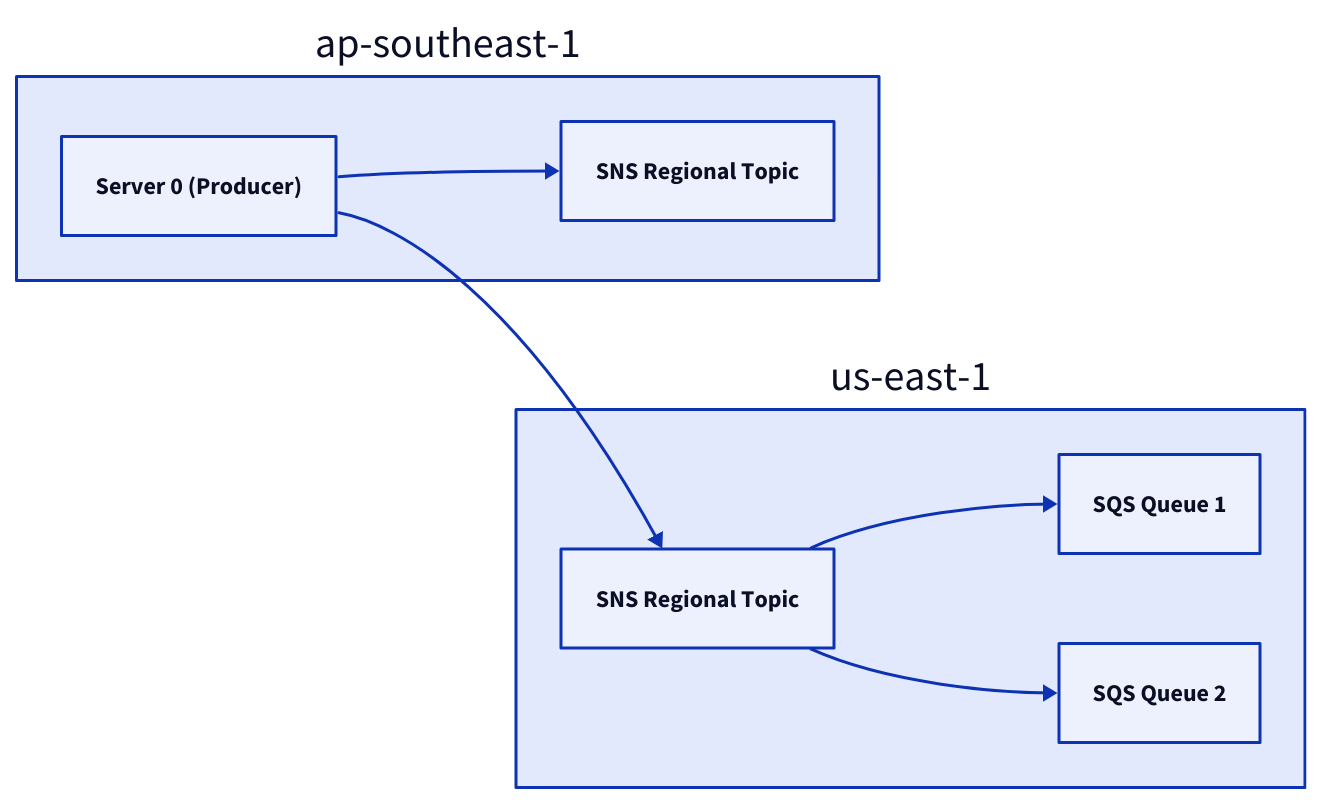
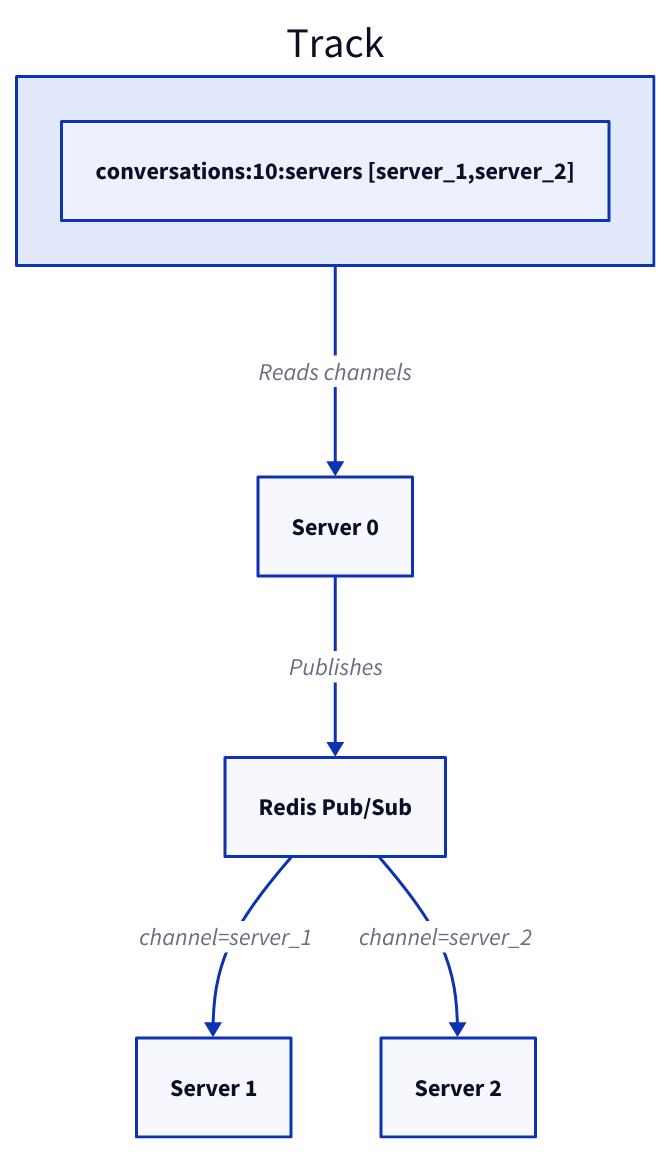
Diagram 17 of 19 in content/practices/chat-system/_index.md (link1905/system-design-101), drawn with D2 before and after one commit. The commit also changed other lines of this file and 42 other files, not shown here.

````diff
--- a/content/practices/chat-system/_index.md
+++ b/content/practices/chat-system/_index.md
@@ -545,18 +538,14 @@
 ```d2
-direction: right
-ap: "ap-southeast-1" {
-  direction: right
-  prod: "Server 0 (Producer)" {class: aws-ecs}
-  sns: "SNS Regional Topic" {class: aws-sns}
-}
-us: "us-east-1" {
-  direction: right
-  sns_r: "SNS Regional Topic" {class: aws-sns}
-  sqs_1: "SQS Queue 1" {class: aws-sqs}
-  sqs_2: "SQS Queue 2" {class: aws-sqs}
-}
-ap.prod -> ap.sns
-ap.prod -> us.sns_r
-us.sns_r -> us.sqs_1
-us.sns_r -> us.sqs_2
+cache: Track {
+    class: cache
+    "conversations:10:servers [server_1,server_2]"
+} 
+s0: "Server 0" {class: aws-ec2}
+re: "Redis Pub/Sub" {class: cache }
+re -> s1: "channel=server_1"
+re -> s2: "channel=server_2"
+s1: "Server 1" {class: aws-ec2}
+s2: "Server 2" {class: aws-ec2}
+s0 <- cache: "Reads channels"
+s0 -> re: "Publishes"
 ```
````
